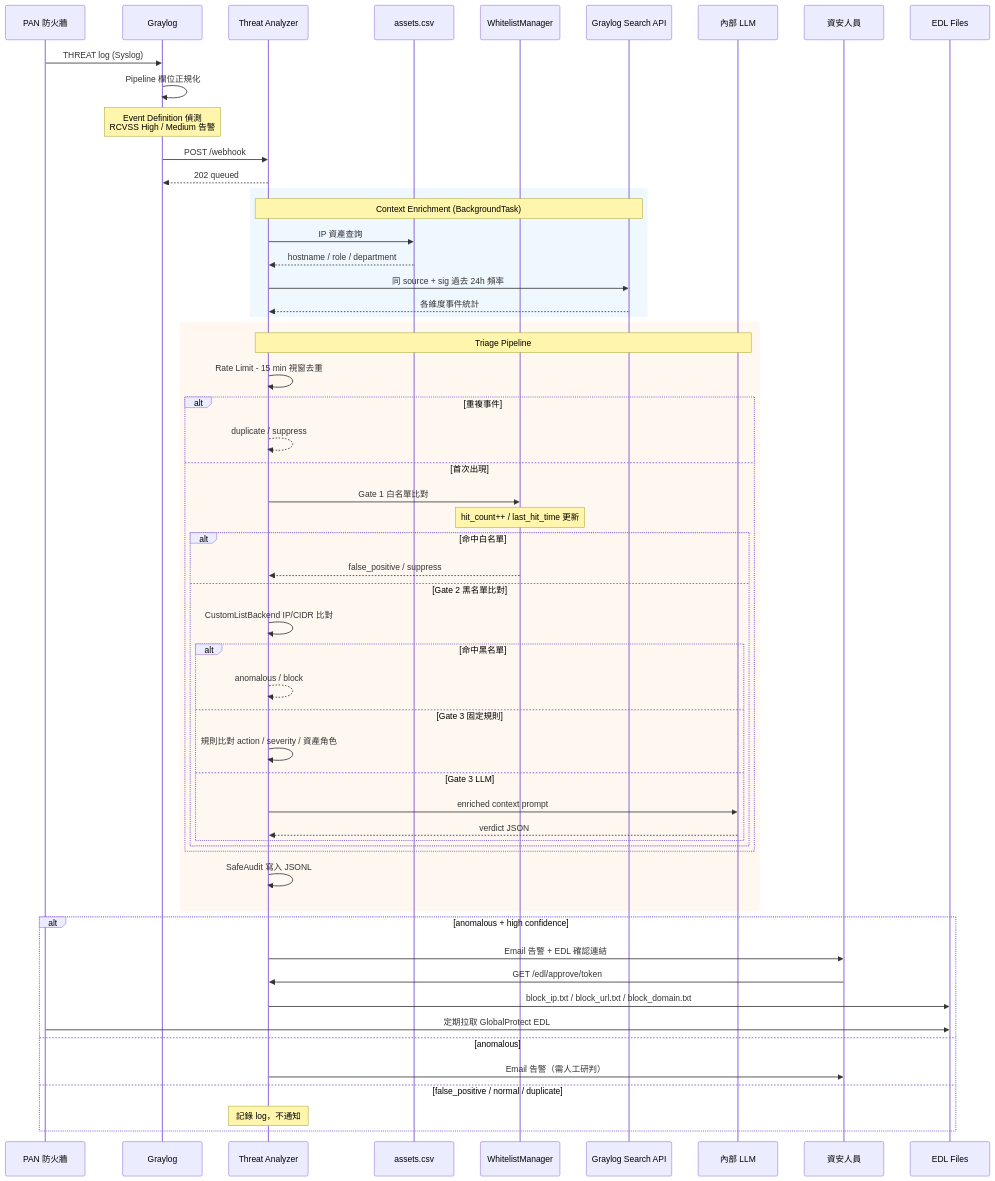
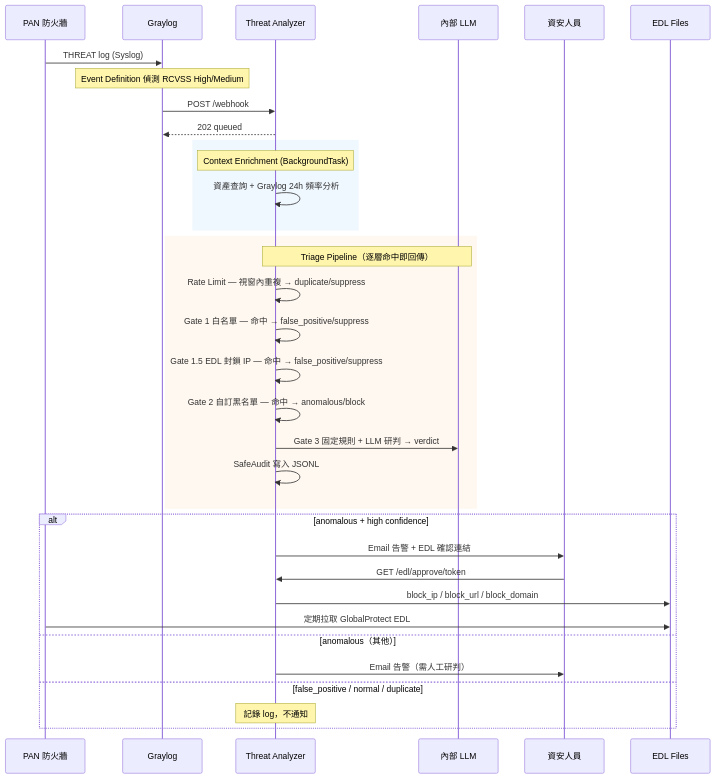
The diagram in README.md (subineru/graylog-threat-analyzer), drawn with Mermaid before and after one commit. The commit also changed 4 other files, not shown here.

First line of the commit message:
refactor: 簡化 Gate 1.5 EDL 抑制邏輯並精簡 README 流程圖

````diff
--- a/README.md
+++ b/README.md
@@ -23,62 +23,40 @@
 ```mermaid
 sequenceDiagram
     participant PA as PAN 防火牆
     participant GL as Graylog
     participant TA as Threat Analyzer
-    participant Assets as assets.csv
-    participant WL as WhitelistManager
-    participant GLAPI as Graylog Search API
     participant LLM as 內部 LLM
     participant Analyst as 資安人員
     participant EDL as EDL Files
 
     PA->>GL: THREAT log (Syslog)
-    GL->>GL: Pipeline 欄位正規化
-    Note over GL: Event Definition 偵測<br/>RCVSS High / Medium 告警
+    Note over GL: Event Definition 偵測 RCVSS High/Medium
     GL->>TA: POST /webhook
     TA-->>GL: 202 queued
 
     rect rgb(240, 248, 255)
-        Note over TA,GLAPI: Context Enrichment (BackgroundTask)
-        TA->>Assets: IP 資產查詢
-        Assets-->>TA: hostname / role / department
-        TA->>GLAPI: 同 source + sig 過去 24h 頻率
-        GLAPI-->>TA: 各維度事件統計
+        Note over TA: Context Enrichment (BackgroundTask)
+        TA->>TA: 資產查詢 + Graylog 24h 頻率分析
     end
 
     rect rgb(255, 248, 240)
-        Note over TA,LLM: Triage Pipeline
-        TA->>TA: Rate Limit - 15 min 視窗去重
-        alt 重複事件
-            TA-->>TA: duplicate / suppress
-        else 首次出現
-            TA->>WL: Gate 1 白名單比對
-            Note over WL: hit_count++ / last_hit_time 更新
-            alt 命中白名單
-                WL-->>TA: false_positive / suppress
-            else Gate 2 黑名單比對
-                TA->>TA: CustomListBackend IP/CIDR 比對
-                alt 命中黑名單
-                    TA-->>TA: anomalous / block
-                else Gate 3 固定規則
-                    TA->>TA: 規則比對 action / severity / 資產角色
-                else Gate 3 LLM
-                    TA->>LLM: enriched context prompt
-                    LLM-->>TA: verdict JSON
-                end
-            end
-        end
+        Note over TA,LLM: Triage Pipeline（逐層命中即回傳）
+        TA->>TA: Rate Limit — 視窗內重複 → duplicate/suppress
+        TA->>TA: Gate 1 白名單 — 命中 → false_positive/suppress
+        TA->>TA: Gate 1.5 EDL 封鎖 IP — 命中 → false_positive/suppress
+        TA->>TA: Gate 2 自訂黑名單 — 命中 → anomalous/block
+        TA->>LLM: Gate 3 固定規則 + LLM 研判 → verdict
         TA->>TA: SafeAudit 寫入 JSONL
     end
 
     alt anomalous + high confidence
         TA->>Analyst: Email 告警 + EDL 確認連結
         Analyst->>TA: GET /edl/approve/token
-        TA->>EDL: block_ip.txt / block_url.txt / block_domain.txt
+        TA->>EDL: block_ip / block_url / block_domain
         PA->>EDL: 定期拉取 GlobalProtect EDL
-    else anomalous
+    else anomalous（其他）
         TA->>Analyst: Email 告警（需人工研判）
     else false_positive / normal / duplicate
         Note over TA: 記錄 log，不通知
     end
 ```
````
